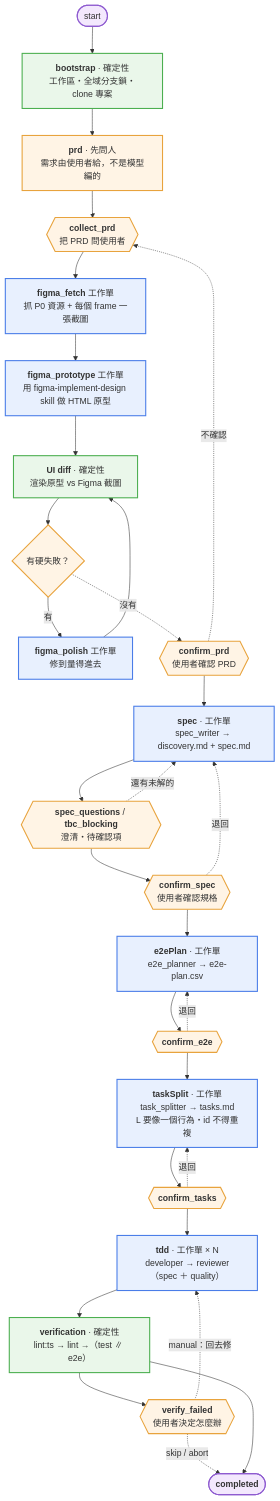
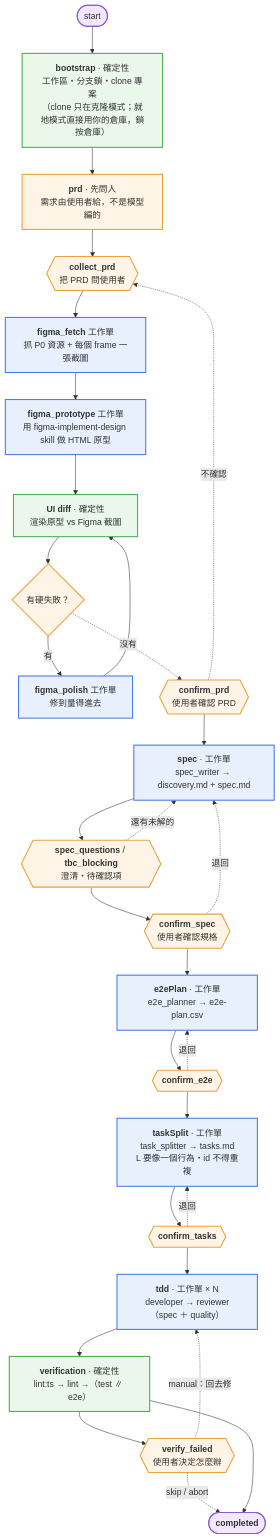
One commit to sukunwei/frontend-sdd-agent changed the first of 3 diagrams in README.md. Above: the diagram before and after it, drawn with Mermaid. The commit also changed other lines of this file and 1 other file, not shown here.

First line of the commit message:
docs(sdd-graph): 補齊 status 與 TDD 章節的模式限定

````diff
--- a/README.md
+++ b/README.md
@@ -329,55 +332,55 @@
 ```mermaid
 flowchart TD
   START(["start"]) --> BOOT
 
-  BOOT["<b>bootstrap</b> · 確定性<br/>工作區・全域分支鎖・clone 專案"]
+  BOOT["<b>bootstrap</b> · 確定性<br/>工作區・分支鎖・clone 專案<br/>（clone 只在克隆模式；就地模式直接用你的倉庫，鎖按倉庫）"]
   BOOT --> PRD
 
   PRD["<b>prd</b> · 先問人<br/>需求由使用者給，不是模型編的"]
   PRD --> PRD_Q{{"<b>collect_prd</b><br/>把 PRD 問使用者"}}
   PRD_Q --> PRD_F["<b>figma_fetch</b> 工作單<br/>抓 P0 資源 + 每個 frame 一張截圖"]
   PRD_F --> PRD_P["<b>figma_prototype</b> 工作單<br/>用 figma-implement-design skill 做 HTML 原型"]
   PRD_P --> PRD_D["<b>UI diff</b> · 確定性<br/>渲染原型 vs Figma 截圖"]
   PRD_D --> PRD_R{"有硬失敗？"}
   PRD_R -->|"有"| PRD_X["<b>figma_polish</b> 工作單<br/>修到量得進去"]
   PRD_X --> PRD_D
   PRD_R -.->|"沒有"| PRD_C{{"<b>confirm_prd</b><br/>使用者確認 PRD"}}
   PRD_C -.->|"不確認"| PRD_Q
   PRD_C --> SPEC
 
   SPEC["<b>spec</b> · 工作單<br/>spec_writer → discovery.md + spec.md"]
   SPEC --> SPEC_Q{{"<b>spec_questions</b> / <b>tbc_blocking</b><br/>澄清・待確認項"}}
   SPEC_Q -.->|"還有未解的"| SPEC
   SPEC_Q --> SPEC_C{{"<b>confirm_spec</b><br/>使用者確認規格"}}
   SPEC_C -.->|"退回"| SPEC
   SPEC_C --> E2E
 
   E2E["<b>e2ePlan</b> · 工作單<br/>e2e_planner → e2e-plan.csv"]
   E2E --> E2E_C{{"<b>confirm_e2e</b>"}}
   E2E_C -.->|"退回"| E2E
   E2E_C --> TS
 
   TS["<b>taskSplit</b> · 工作單<br/>task_splitter → tasks.md<br/>L 要像一個行為・id 不得重複"]
   TS --> TS_C{{"<b>confirm_tasks</b>"}}
   TS_C -.->|"退回"| TS
   TS_C --> TDD
 
   TDD["<b>tdd</b> · 工作單 × N<br/>developer → reviewer（spec ＋ quality）"]
   TDD --> VER
 
   VER["<b>verification</b> · 確定性<br/>lint:ts → lint →（test ∥ e2e）"]
   VER --> VER_Q{{"<b>verify_failed</b><br/>使用者決定怎麼辦"}}
   VER_Q -.->|"manual：回去修"| TDD
   VER_Q -.->|"skip / abort"| DONE
   VER --> DONE(["<b>completed</b>"])
 
   classDef gate fill:#fff4e5,stroke:#e8a33d,stroke-width:2px
   classDef work fill:#e8f0fe,stroke:#4a7de8,stroke-width:2px
   classDef det fill:#eaf7ea,stroke:#4caf50,stroke-width:2px
   classDef term fill:#f3e8fd,stroke:#8e5bd0,stroke-width:2px
 
   class PRD,PRD_Q,PRD_C,PRD_R,SPEC_Q,SPEC_C,E2E_C,TS_C,VER_Q gate
   class PRD_F,PRD_P,PRD_X,SPEC,E2E,TS,TDD work
   class BOOT,PRD_D,VER det
   class START,DONE term
 ```
````
